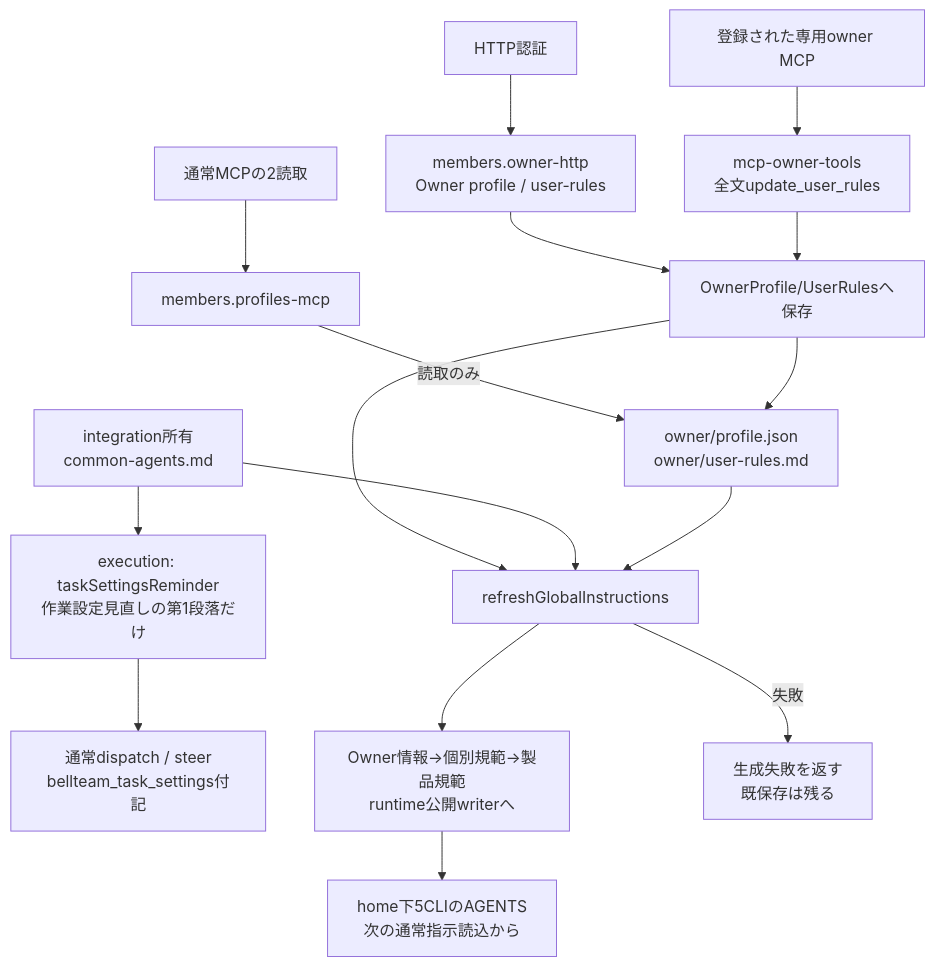
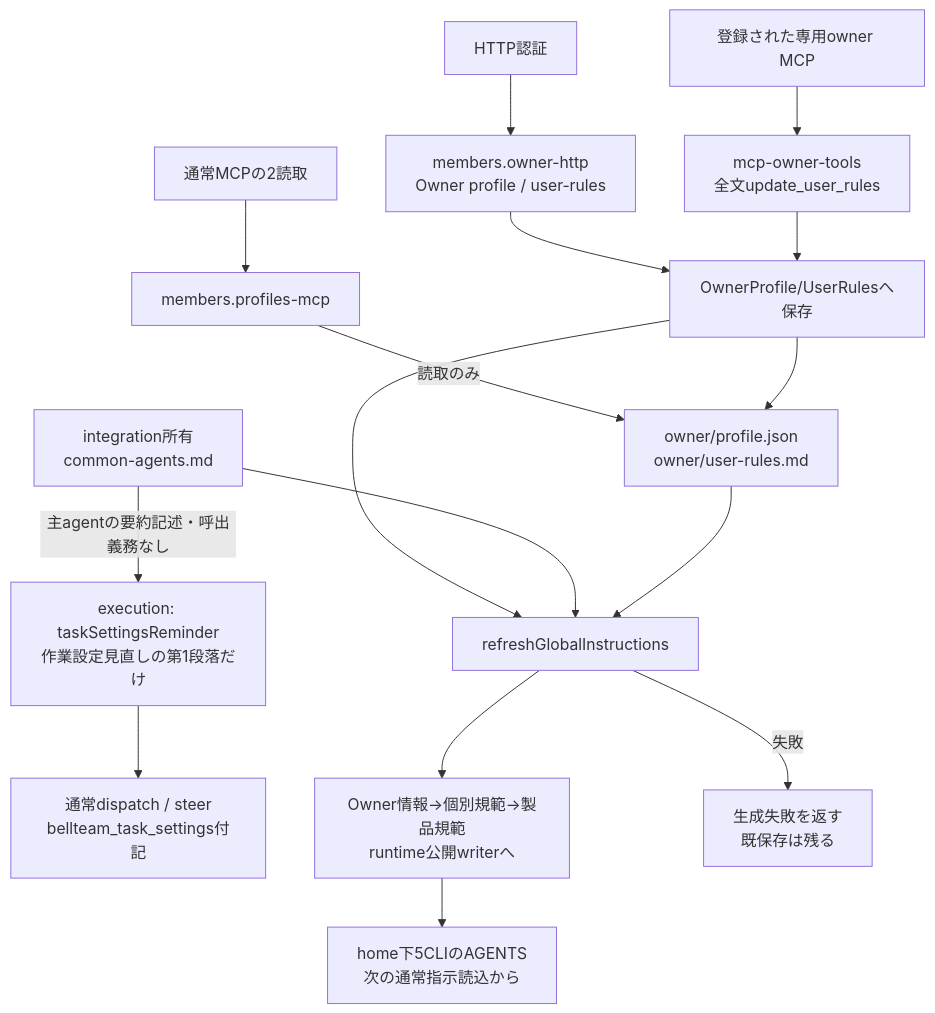
Before and after one commit to kitepon/BellTeam: the first of 2 diagrams in docs/architecture/modules/members/instructions.md, drawn with Mermaid. The commit also changed other lines of this file and 6 other files, not shown here.

````diff
--- a/docs/architecture/modules/members/instructions.md
+++ b/docs/architecture/modules/members/instructions.md
@@ -5,18 +5,18 @@
 ```mermaid
 flowchart TD
   Http["HTTP認証"] --> Owner["members.owner-http<br/>Owner profile / user-rules"]
   Read["通常MCPの2読取"] --> Member["members.profiles-mcp"]
   Dedicated["登録された専用owner MCP"] --> Rules["mcp-owner-tools<br/>全文update_user_rules"]
   Owner --> Save["OwnerProfile/UserRulesへ保存"]
   Rules --> Save
   Member -->|"読取のみ"| Data["owner/profile.json<br/>owner/user-rules.md"]
   Save --> Data
   Save --> Refresh["refreshGlobalInstructions"]
   Common["integration所有<br/>common-agents.md"] --> Refresh
-  Common --> Reminder["execution: taskSettingsReminder<br/>作業設定見直しの第1段落だけ"]
+  Common -->|"主agentの要約記述・呼出義務なし"| Reminder["execution: taskSettingsReminder<br/>作業設定見直しの第1段落だけ"]
   Reminder --> Dispatch["通常dispatch / steer<br/>bellteam_task_settings付記"]
   Data --> Refresh
   Refresh --> Write["Owner情報→個別規範→製品規範<br/>runtime公開writerへ"]
   Write --> Globals["home下5CLIのAGENTS<br/>次の通常指示読込から"]
   Refresh -->|"失敗"| Failure["生成失敗を返す<br/>既保存は残る"]
 ```
````
